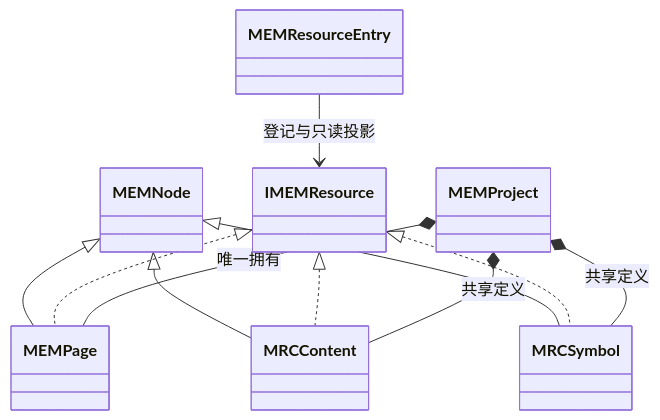
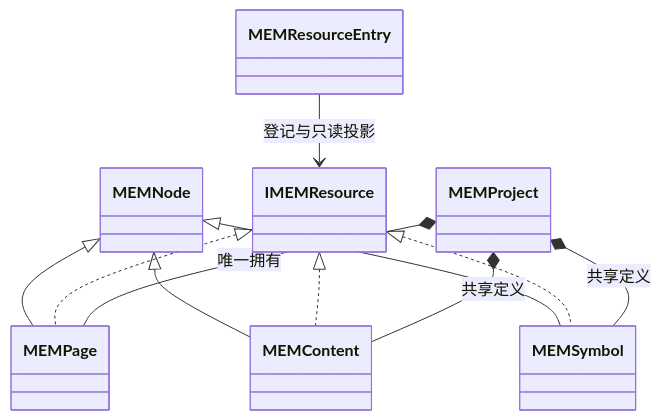
The first of 2 diagrams in DOCS/Architecture/CxVisual_统一工程组织体系_架构待裁决清单_V1.1.md (oudream/cx-visual-x3), drawn with Mermaid before and after one commit. The commit also changed other lines of this file and 5 other files, not shown here.

````diff
--- a/DOCS/Architecture/CxVisual_统一工程组织体系_架构待裁决清单_V1.1.md
+++ b/DOCS/Architecture/CxVisual_统一工程组织体系_架构待裁决清单_V1.1.md
@@ -56,13 +56,13 @@
 ```mermaid
 classDiagram
     MEMNode <|-- MEMPage
-    MEMNode <|-- MRCContent
-    MEMNode <|-- MRCSymbol
+    MEMNode <|-- MEMContent
+    MEMNode <|-- MEMSymbol
     IMEMResource <|.. MEMPage
-    IMEMResource <|.. MRCContent
-    IMEMResource <|.. MRCSymbol
+    IMEMResource <|.. MEMContent
+    IMEMResource <|.. MEMSymbol
     MEMProject *-- MEMPage : 唯一拥有
-    MEMProject *-- MRCContent : 共享定义
-    MEMProject *-- MRCSymbol : 共享定义
+    MEMProject *-- MEMContent : 共享定义
+    MEMProject *-- MEMSymbol : 共享定义
     MEMResourceEntry --> IMEMResource : 登记与只读投影
 ```
````
